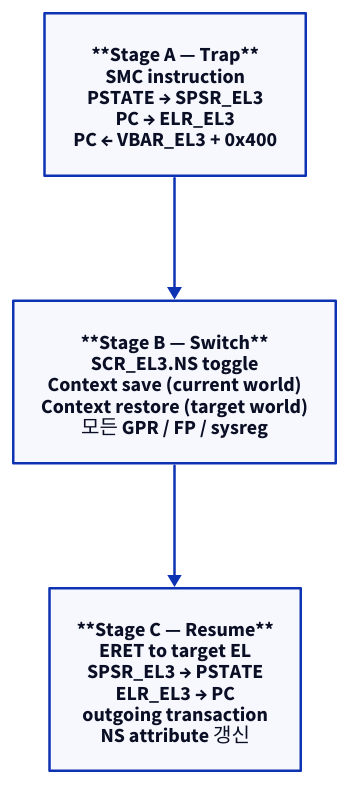
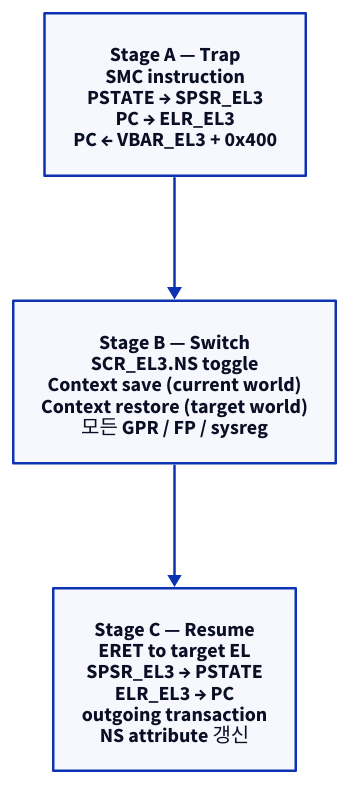
One commit to humbleowl39/DV_SKOOL changed the third of 10 diagrams in starlight_site/src/content/docs/arm_security/02_world_switch_soc_infra.md. Above: the diagram before and after it, drawn with D2. The commit also changed 714 other files, not shown here.

First line of the commit message:
fix(site): d2 다이어그램 가독성 결함 6종 일괄 수정

````diff
--- a/starlight_site/src/content/docs/arm_security/02_world_switch_soc_infra.md
+++ b/starlight_site/src/content/docs/arm_security/02_world_switch_soc_infra.md
@@ -175,9 +175,9 @@
 ```d2
 direction: down
 
-A: "**Stage A — Trap**\nSMC instruction\nPSTATE → SPSR_EL3\nPC → ELR_EL3\nPC ← VBAR_EL3 + 0x400"
-B: "**Stage B — Switch**\nSCR_EL3.NS toggle\nContext save (current world)\nContext restore (target world)\n모든 GPR / FP / sysreg"
-C: "**Stage C — Resume**\nERET to target EL\nSPSR_EL3 → PSTATE\nELR_EL3 → PC\noutgoing transaction\nNS attribute 갱신"
+A: "Stage A — Trap\nSMC instruction\nPSTATE → SPSR_EL3\nPC → ELR_EL3\nPC ← VBAR_EL3 + 0x400"
+B: "Stage B — Switch\nSCR_EL3.NS toggle\nContext save (current world)\nContext restore (target world)\n모든 GPR / FP / sysreg"
+C: "Stage C — Resume\nERET to target EL\nSPSR_EL3 → PSTATE\nELR_EL3 → PC\noutgoing transaction\nNS attribute 갱신"
 A -> B
 B -> C
 ```
````
